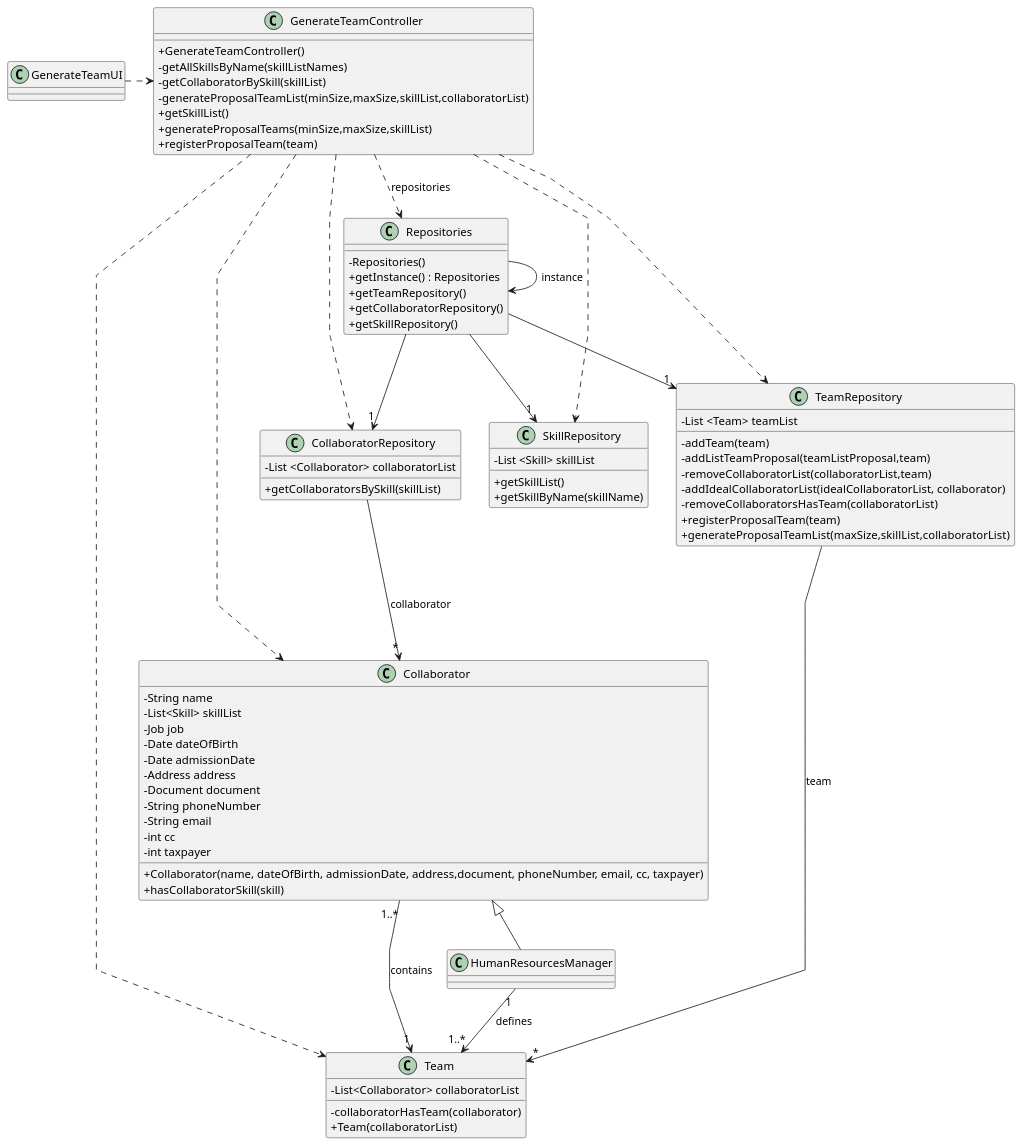
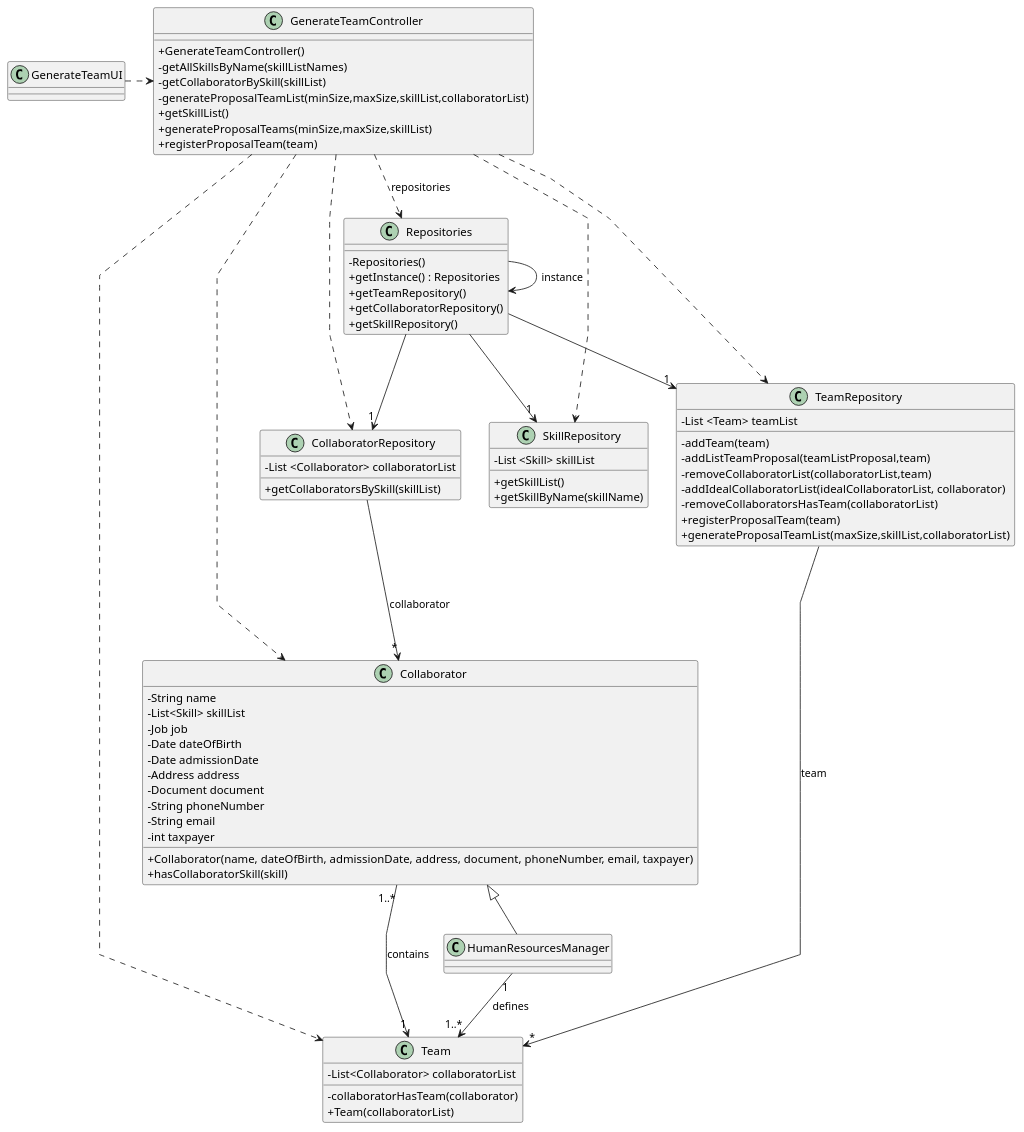
Before and after one commit to Departamento-de-Engenharia-Informatica/lei-24-s2-1db-g022: the diagram in docs/sprint2/us05/03.design/puml/us05-class-diagram.puml, drawn with PlantUML. The commit also changed 7 other files, not shown here.

Commit message:
Small correction on class diagram of US01, US02, US05 and US06

```diff
--- a/docs/sprint2/us05/03.design/puml/us05-class-diagram.puml
+++ b/docs/sprint2/us05/03.design/puml/us05-class-diagram.puml
@@ -1,111 +1,110 @@
 @startuml
 'skinparam monochrome true
 skinparam packageStyle rectangle
 skinparam shadowing false
 skinparam linetype polyline
 'skinparam linetype orto
 
 skinparam classAttributeIconSize 0
 
 'left to right direction
 
 class GenerateTeamController {
     + GenerateTeamController()
     - getAllSkillsByName(skillListNames)
     - getCollaboratorBySkill(skillList)
     - generateProposalTeamList(minSize,maxSize,skillList,collaboratorList)
     + getSkillList()
     + generateProposalTeams(minSize,maxSize,skillList)
     + registerProposalTeam(team)
 }
 
 class Team {
     - List<Collaborator> collaboratorList
     - collaboratorHasTeam(collaborator)
     + Team(collaboratorList)
 
 }
 
 class GenerateTeamUI {
 }
 
 class Collaborator {
     -String name
     -List<Skill> skillList
     -Job job
     -Date dateOfBirth
     -Date admissionDate
     -Address address
     -Document document
     -String phoneNumber
     -String email
-    -int cc
     -int taxpayer
 
-    + Collaborator(name, dateOfBirth, admissionDate, address,document, phoneNumber, email, cc, taxpayer)
+    + Collaborator(name, dateOfBirth, admissionDate, address, document, phoneNumber, email, taxpayer)
     + hasCollaboratorSkill(skill)
 }
 
 
 class HumanResourcesManager {
 }
 
 class Repositories {
 
     - Repositories()
     + getInstance() : Repositories
     + getTeamRepository()
     + getCollaboratorRepository()
     + getSkillRepository()
 }
 
 class TeamRepository {
     - List <Team> teamList
     - addTeam(team)
     - addListTeamProposal(teamListProposal,team)
     - removeCollaboratorList(collaboratorList,team)
     - addIdealCollaboratorList(idealCollaboratorList, collaborator)
     - removeCollaboratorsHasTeam(collaboratorList)
     + registerProposalTeam(team)
     + generateProposalTeamList(maxSize,skillList,collaboratorList)
 }
 
 class SkillRepository {
     - List <Skill> skillList
     + getSkillList()
     + getSkillByName(skillName)
 }
 
 class CollaboratorRepository {
     - List <Collaborator> collaboratorList
     + getCollaboratorsBySkill(skillList)
 }
 
 class HumanResourcesManager{}
 
 GenerateTeamController .> Repositories : repositories
 
 GenerateTeamUI .> GenerateTeamController
 Repositories -> Repositories : instance
 
 Repositories --> "1" TeamRepository
 Repositories --> "1" SkillRepository
 Repositories --> "1" CollaboratorRepository
 
 TeamRepository ---> "*" Team : team
 CollaboratorRepository ---> "*" Collaborator : collaborator
 
 GenerateTeamController ...> TeamRepository
 GenerateTeamController ...> SkillRepository
 GenerateTeamController ...> CollaboratorRepository
 GenerateTeamController .> Collaborator
 GenerateTeamController .> Team
 
 Collaborator  <|-- HumanResourcesManager
 
 HumanResourcesManager "1" --> "1..*" Team : defines
 Collaborator "1..*" --> "1" Team : contains
 
 
 
 @enduml
```
